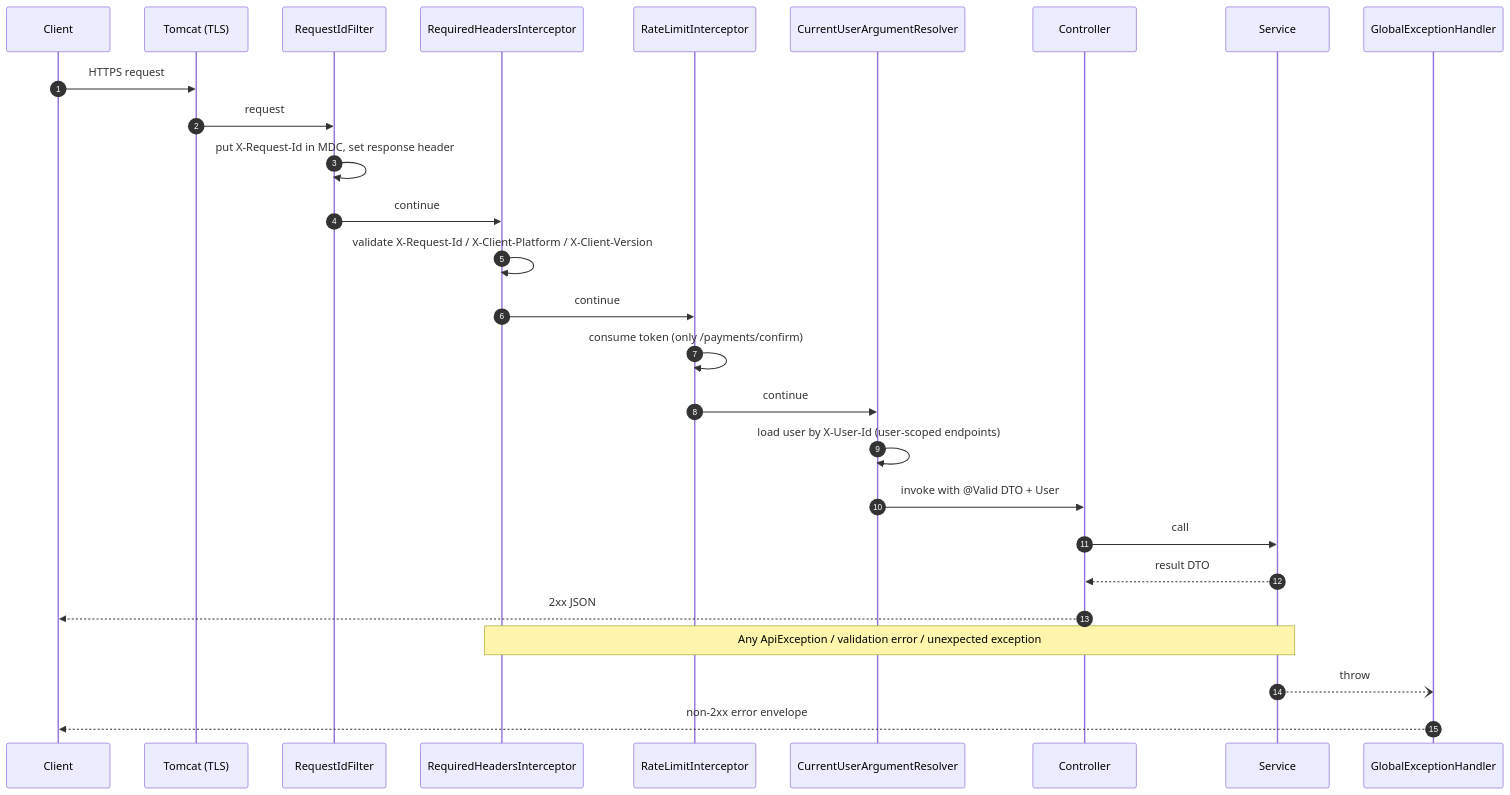
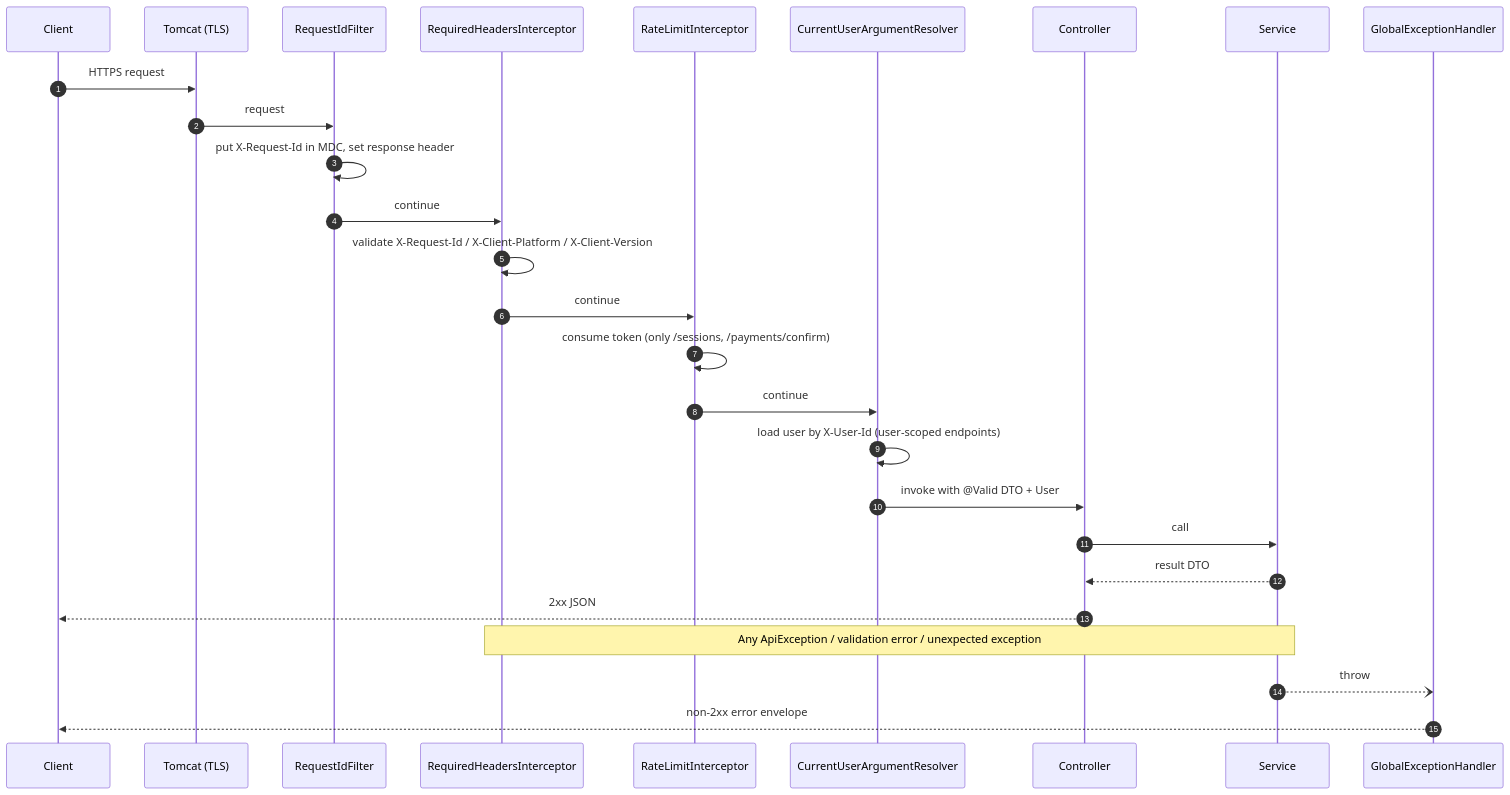
Before and after one commit to M-o-m-e-n/Momkn-pay-backend: the fourth of 11 diagrams in docs/HLD.md, drawn with Mermaid. The commit also changed other lines of this file and 3 other files, not shown here.

````diff
--- a/docs/HLD.md
+++ b/docs/HLD.md
@@ -162,30 +163,30 @@
 ```mermaid
 sequenceDiagram
     autonumber
     participant Cl as Client
     participant T as Tomcat (TLS)
     participant RF as RequestIdFilter
     participant HI as RequiredHeadersInterceptor
     participant RL as RateLimitInterceptor
     participant AR as CurrentUserArgumentResolver
     participant Ctl as Controller
     participant Svc as Service
     participant EH as GlobalExceptionHandler
 
     Cl->>T: HTTPS request
     T->>RF: request
     RF->>RF: put X-Request-Id in MDC, set response header
     RF->>HI: continue
     HI->>HI: validate X-Request-Id / X-Client-Platform / X-Client-Version
     HI->>RL: continue
-    RL->>RL: consume token (only /payments/confirm)
+    RL->>RL: consume token (only /sessions, /payments/confirm)
     RL->>AR: continue
     AR->>AR: load user by X-User-Id (user-scoped endpoints)
     AR->>Ctl: invoke with @Valid DTO + User
     Ctl->>Svc: call
     Svc-->>Ctl: result DTO
     Ctl-->>Cl: 2xx JSON
     Note over HI,Svc: Any ApiException / validation error / unexpected exception
     Svc--)EH: throw
     EH-->>Cl: non-2xx error envelope
 ```
````
